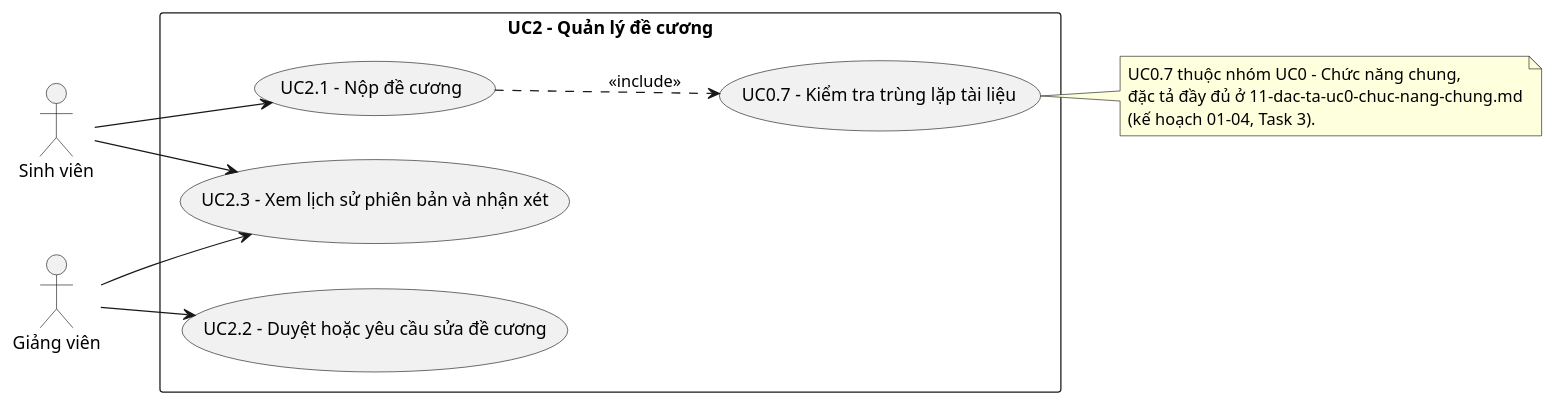
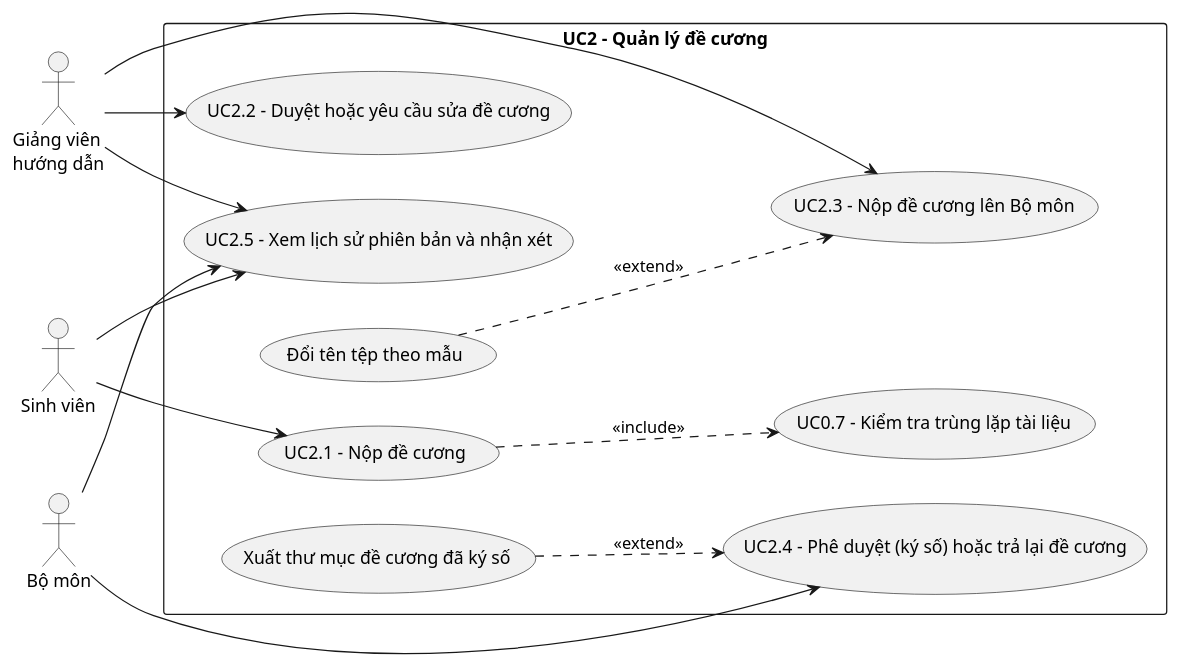
Before and after one commit to dtc235200036-alt/ICTU-DATN-NguyenThiMaiAnh: the diagram in docs/chuong-2-khao-sat-phan-tich/uc/uc2-quan-ly-de-cuong.puml, drawn with PlantUML. The commit also changed 233 other files, not shown here.

```diff
--- a/docs/chuong-2-khao-sat-phan-tich/uc/uc2-quan-ly-de-cuong.puml
+++ b/docs/chuong-2-khao-sat-phan-tich/uc/uc2-quan-ly-de-cuong.puml
@@ -1,27 +1,31 @@
 @startuml uc2-quan-ly-de-cuong
 left to right direction
 skinparam packageStyle rectangle
 
 actor "Sinh viên" as SV
-actor "Giảng viên" as GV
+actor "Giảng viên\nhướng dẫn" as GV
+actor "Bộ môn" as BM
 
 rectangle "UC2 – Quản lý đề cương" {
   usecase "UC2.1 – Nộp đề cương" as UC2_1
   usecase "UC2.2 – Duyệt hoặc yêu cầu sửa đề cương" as UC2_2
-  usecase "UC2.3 – Xem lịch sử phiên bản và nhận xét" as UC2_3
+  usecase "UC2.3 – Nộp đề cương lên Bộ môn" as UC2_3
+  usecase "Đổi tên tệp theo mẫu" as UC2_3X
+  usecase "UC2.4 – Phê duyệt (ký số) hoặc trả lại đề cương" as UC2_4
+  usecase "Xuất thư mục đề cương đã ký số" as UC2_4X
+  usecase "UC2.5 – Xem lịch sử phiên bản và nhận xét" as UC2_5
   usecase "UC0.7 – Kiểm tra trùng lặp tài liệu" as UC0_7
 }
 
 SV --> UC2_1
 GV --> UC2_2
-SV --> UC2_3
 GV --> UC2_3
+BM --> UC2_4
+SV --> UC2_5
+GV --> UC2_5
+BM --> UC2_5
 
 UC2_1 ..> UC0_7 : <<include>>
-
-note right of UC0_7
-  UC0.7 thuộc nhóm UC0 – Chức năng chung,
-  đặc tả đầy đủ ở 11-dac-ta-uc0-chuc-nang-chung.md
-  (kế hoạch 01-04, Task 3).
-end note
+UC2_3X ..> UC2_3 : <<extend>>
+UC2_4X ..> UC2_4 : <<extend>>
 @enduml
```
